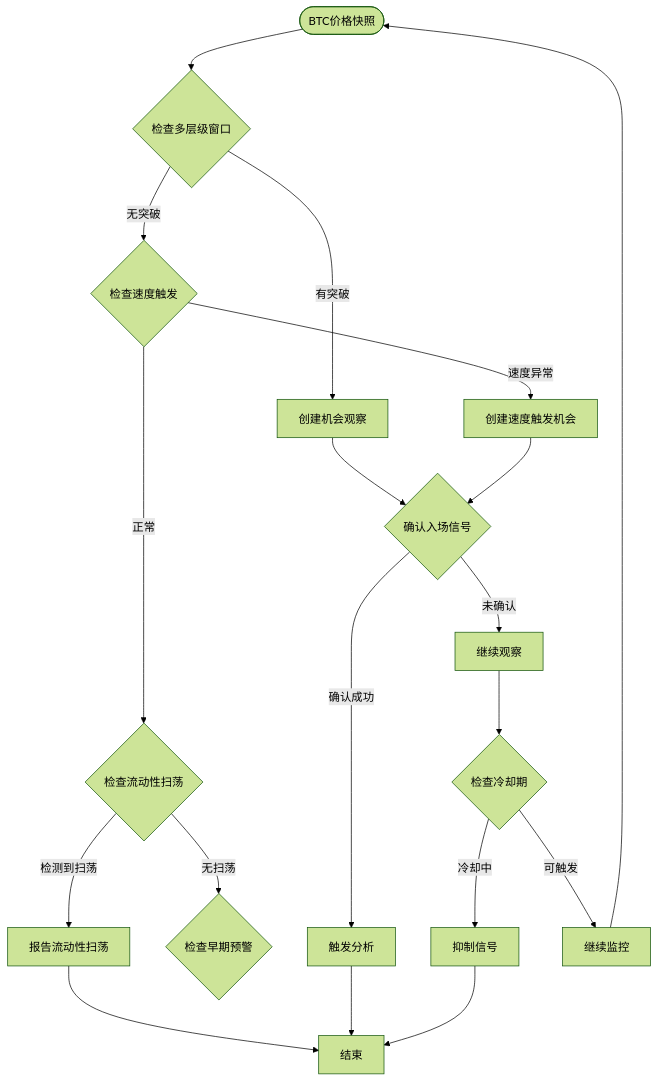
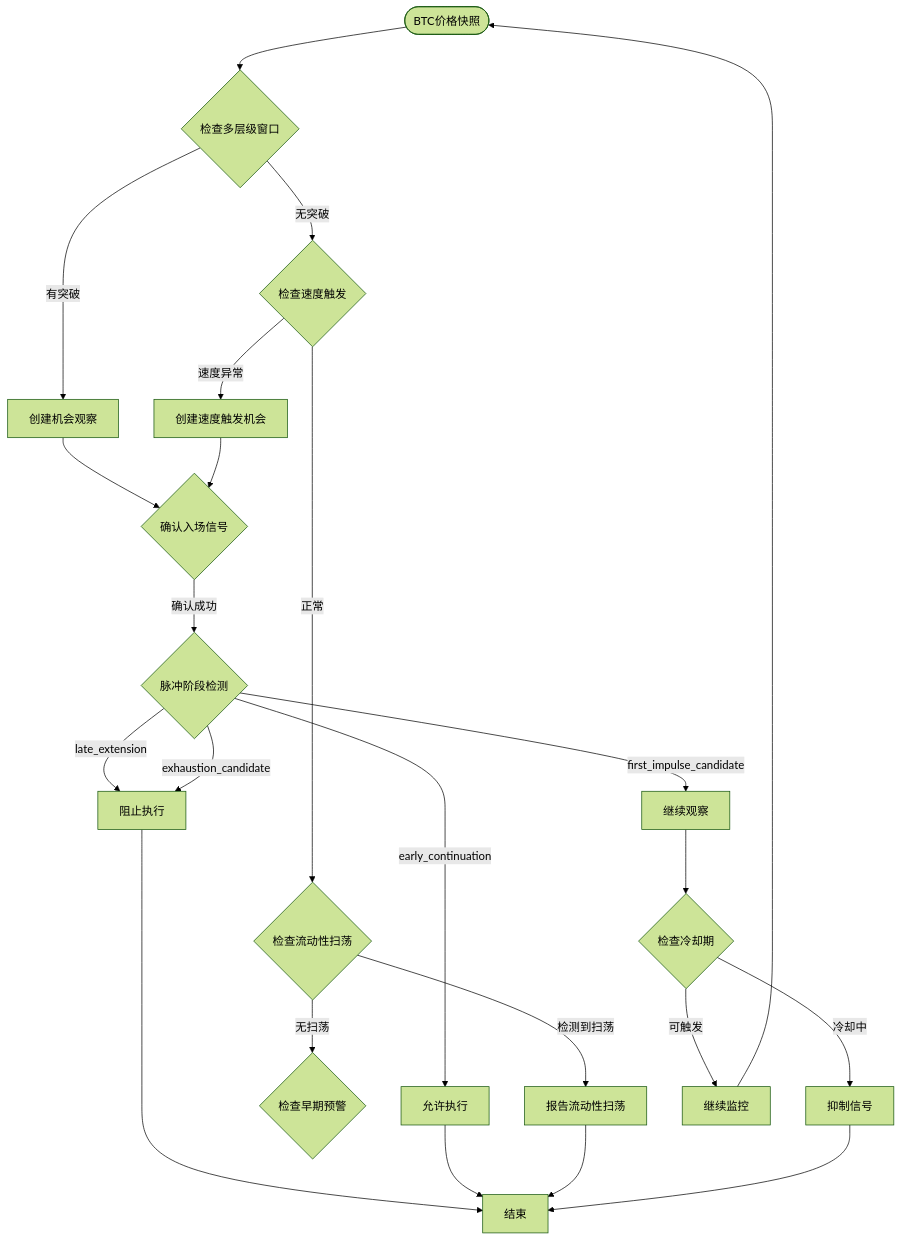
The fourth of 9 diagrams in .qoder/repowiki/zh/content/AI智能体系统/专业智能体/风险管理智能体.md (anYaoooo/daily_stock_analysis), drawn with Mermaid (forest theme) before and after one commit. The commit also changed other lines of this file and 29 other files, not shown here.

````diff
--- a/.qoder/repowiki/zh/content/AI智能体系统/专业智能体/风险管理智能体.md
+++ b/.qoder/repowiki/zh/content/AI智能体系统/专业智能体/风险管理智能体.md
@@ -301,21 +333,25 @@
 ```mermaid
 flowchart TD
 Start(["BTC价格快照"]) --> CheckTiers{"检查多层级窗口"}
 CheckTiers --> |有突破| CreateOpportunity["创建机会观察"]
 CheckTiers --> |无突破| CheckVelocity{"检查速度触发"}
 CheckVelocity --> |速度异常| CreateVelocityOpportunity["创建速度触发机会"]
 CheckVelocity --> |正常| CheckSweep{"检查流动性扫荡"}
 CheckSweep --> |检测到扫荡| ReportSweep["报告流动性扫荡"]
 CheckSweep --> |无扫荡| CheckEarlyWarning{"检查早期预警"}
 CreateOpportunity --> Confirm{"确认入场信号"}
 CreateVelocityOpportunity --> Confirm
-Confirm --> |确认成功| TriggerAnalysis["触发分析"]
-Confirm --> |未确认| Watch["继续观察"]
+Confirm --> |确认成功| StageDetection{"脉冲阶段检测"}
+StageDetection --> |first_impulse_candidate| Watch["继续观察"]
+StageDetection --> |early_continuation| Execute["允许执行"]
+StageDetection --> |late_extension| Block["阻止执行"]
+StageDetection --> |exhaustion_candidate| Block
+Block --> End["结束"]
+Execute --> End
 Watch --> CheckCooldown{"检查冷却期"}
 CheckCooldown --> |冷却中| Suppress["抑制信号"]
 CheckCooldown --> |可触发| Continue["继续监控"]
-ReportSweep --> End["结束"]
-TriggerAnalysis --> End
+ReportSweep --> End
 Suppress --> End
 Continue --> Start
 ```
````
